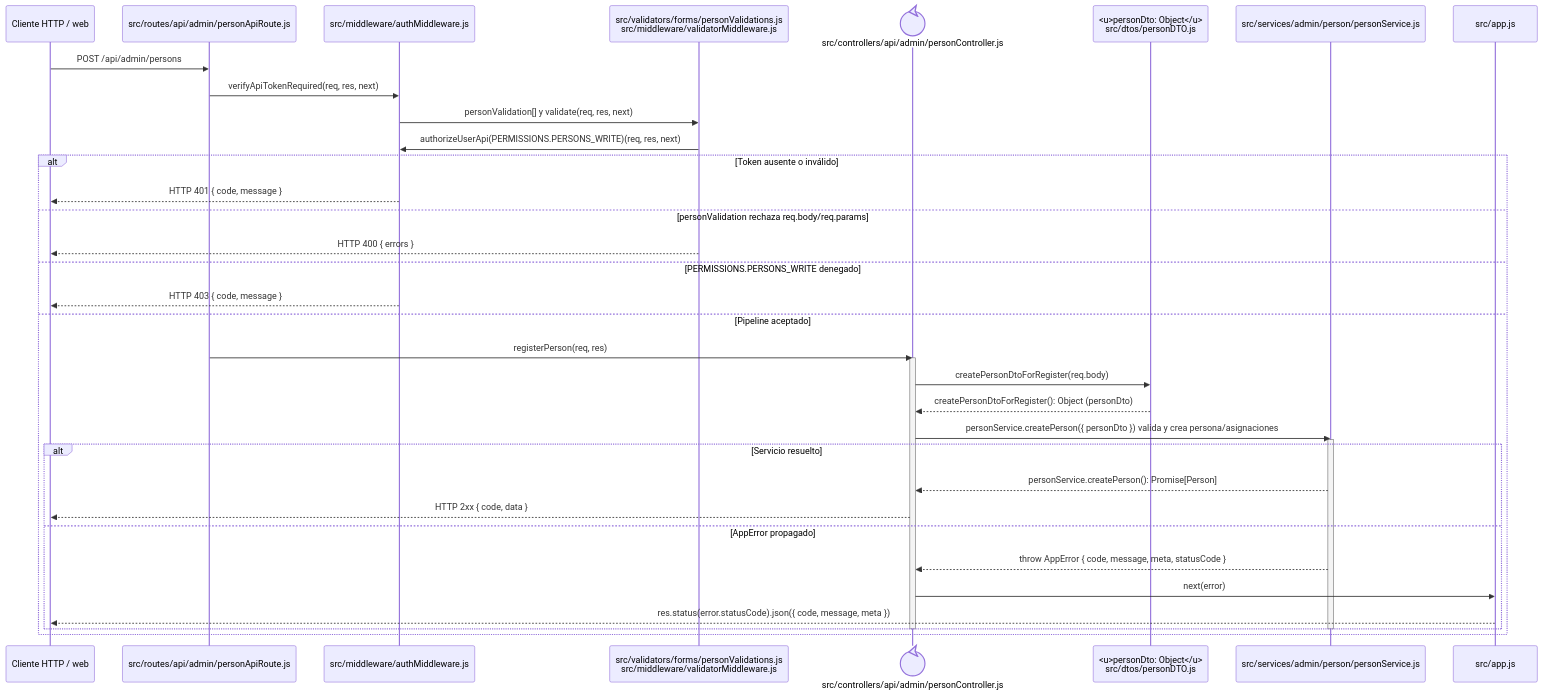
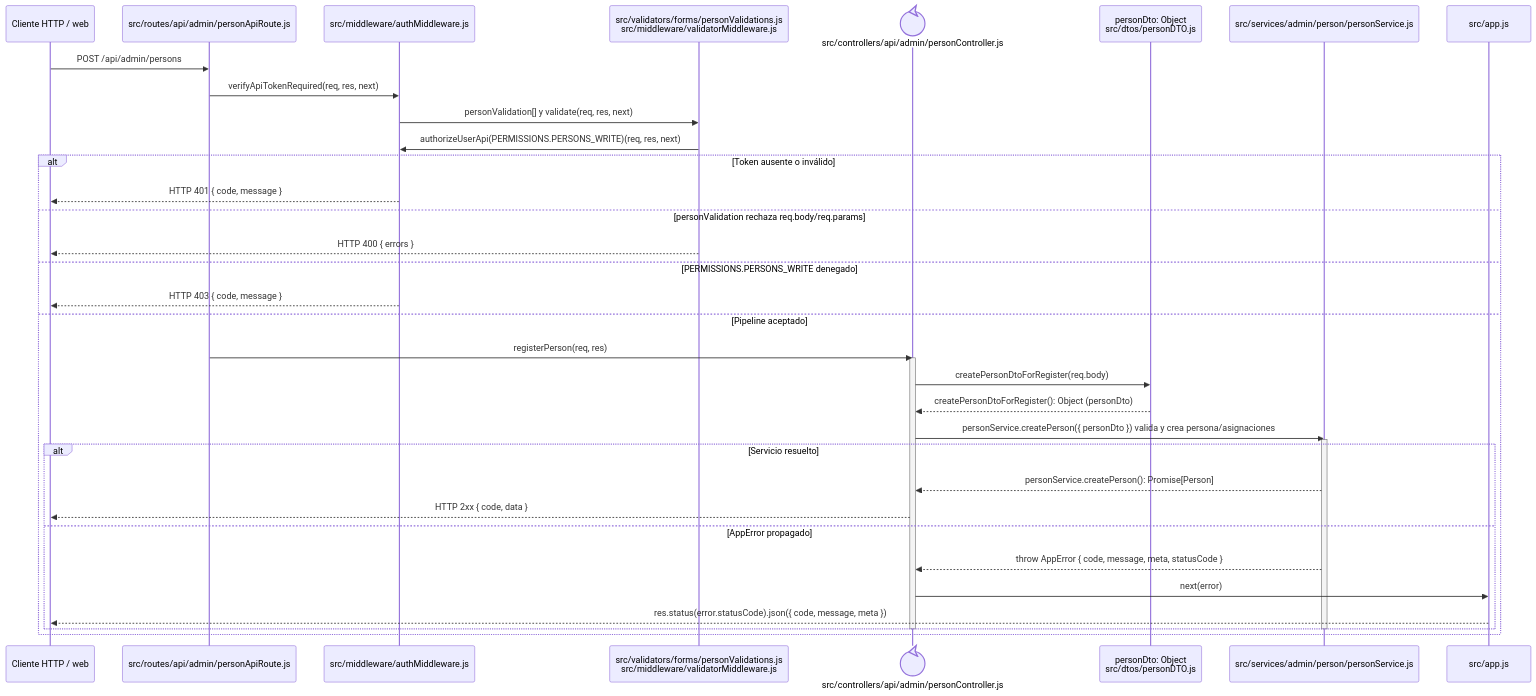
One commit to gpgsistemas01/nexus changed the diagram in docs/architecture/backend-code-sequences/identity-access/cu-ida-02.md. Above: the diagram before and after it, drawn with Mermaid. The commit also changed 38 other files, not shown here.

````diff
--- a/docs/architecture/backend-code-sequences/identity-access/cu-ida-02.md
+++ b/docs/architecture/backend-code-sequences/identity-access/cu-ida-02.md
@@ -6,40 +6,40 @@
 ```mermaid
 sequenceDiagram
     participant Client as Cliente HTTP / web
     participant Route as src/routes/api/admin/personApiRoute.js
     participant Auth as src/middleware/authMiddleware.js
     participant Validator as src/validators/forms/personValidations.js<br/>src/middleware/validatorMiddleware.js
     participant Controller@{ "type": "control" } as src/controllers/api/admin/personController.js
-    participant PersonDto as <u>personDto: Object</u><br/>src/dtos/personDTO.js
+    participant PersonDto as personDto: Object<br/>src/dtos/personDTO.js
     participant Domain as src/services/admin/person/personService.js
     participant ErrorHandler as src/app.js
 
     Client->>Route: POST /api/admin/persons
     Route->>Auth: verifyApiTokenRequired(req, res, next)
     Auth->>Validator: personValidation[] y validate(req, res, next)
     Validator->>Auth: authorizeUserApi(PERMISSIONS.PERSONS_WRITE)(req, res, next)
     alt Token ausente o inválido
         Auth-->>Client: HTTP 401 { code, message }
     else personValidation rechaza req.body/req.params
         Validator-->>Client: HTTP 400 { errors }
     else PERMISSIONS.PERSONS_WRITE denegado
         Auth-->>Client: HTTP 403 { code, message }
     else Pipeline aceptado
         Route->>Controller: registerPerson(req, res)
         activate Controller
         Controller->>PersonDto: createPersonDtoForRegister(req.body)
         PersonDto-->>Controller: createPersonDtoForRegister(): Object (personDto)
         Controller->>Domain: personService.createPerson({ personDto }) valida y crea persona/asignaciones
         activate Domain
         alt Servicio resuelto
             Domain-->>Controller: personService.createPerson(): Promise[Person]
             Controller-->>Client: HTTP 2xx { code, data }
         else AppError propagado
             Domain-->>Controller: throw AppError { code, message, meta, statusCode }
             Controller->>ErrorHandler: next(error)
             ErrorHandler-->>Client: res.status(error.statusCode).json({ code, message, meta })
         end
         deactivate Domain
         deactivate Controller
     end
 ```
````
